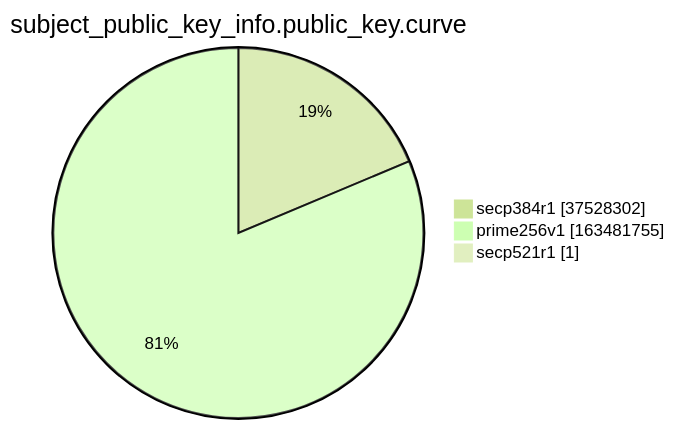
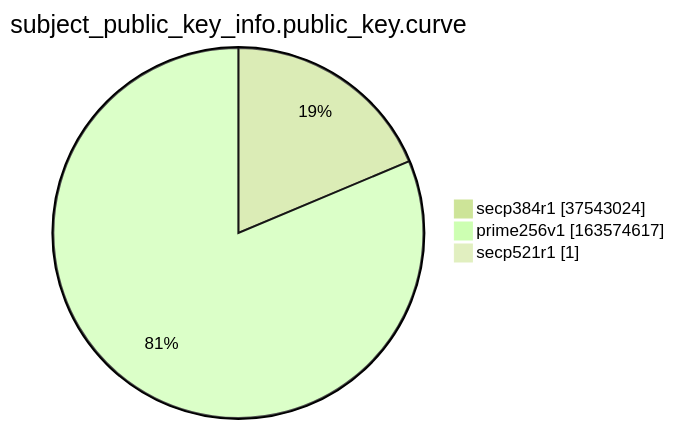
The ninth of 15 diagrams in argon2022/README.md (christiankrug/ctmonitor_visualization), drawn with Mermaid (forest theme) before and after one commit. The commit also changed other lines of this file, not shown here.

````diff
--- a/argon2022/README.md
+++ b/argon2022/README.md
@@ -2766,7 +2766,7 @@
 ```mermaid
 pie showData
 title subject_public_key_info.public_key.curve
-"secp384r1" :37528302
-"prime256v1" :163481755
+"secp384r1" :37543024
+"prime256v1" :163574617
 "secp521r1" :1
 ```
````
